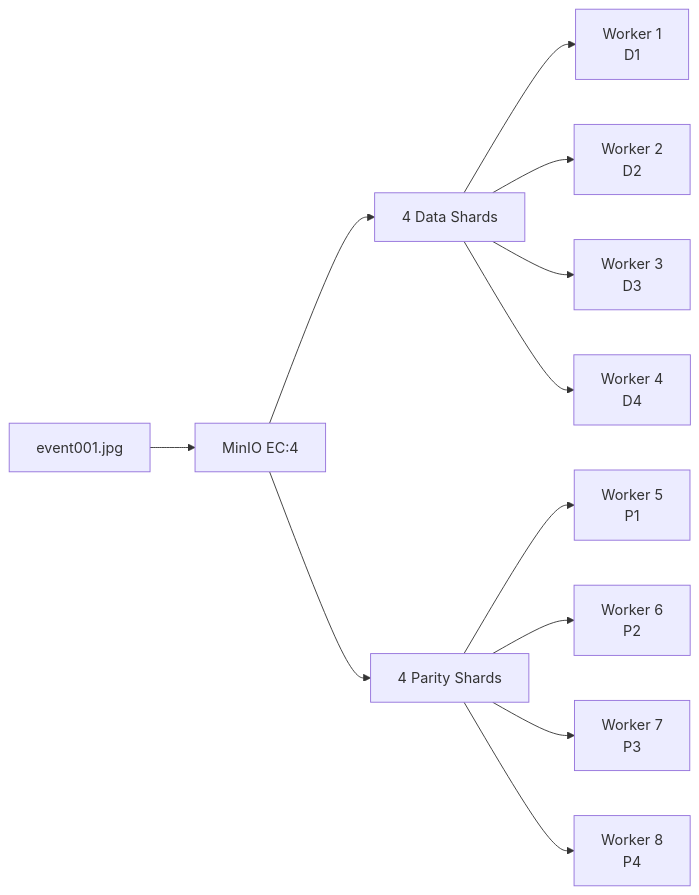
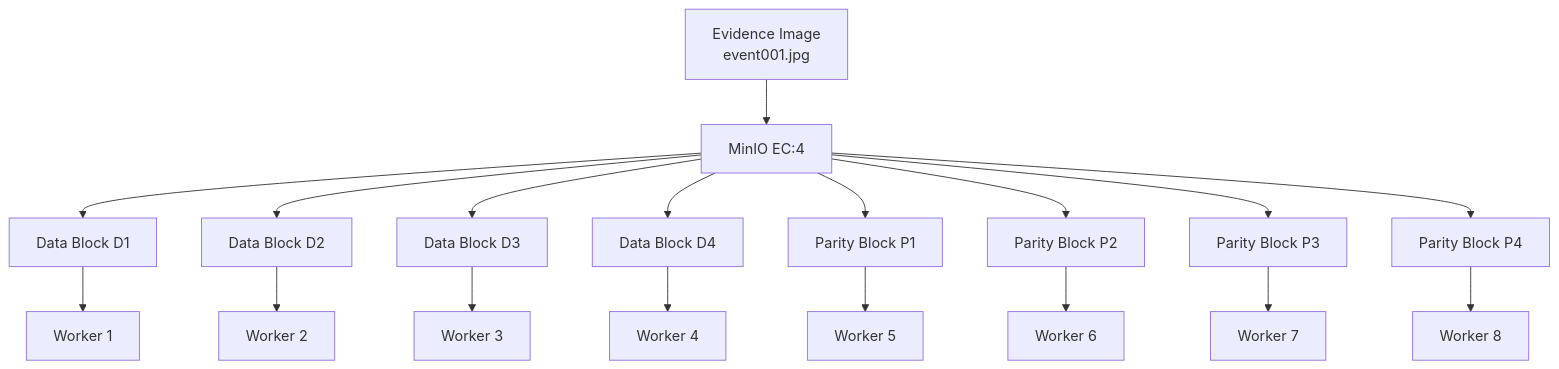
Before and after one commit to azazmuzaffar/Newlauncher-5.0: the fourth of 6 diagrams in task7-backend-documentation.md, drawn with Mermaid. The commit also changed other lines of this file, not shown here.

````diff
--- a/task7-backend-documentation.md
+++ b/task7-backend-documentation.md
@@ -174,16 +245,22 @@
 ```mermaid
-flowchart LR
-    A[event001.jpg] --> B[MinIO EC:4]
-    B --> D[4 Data Shards]
-    B --> P[4 Parity Shards]
+flowchart TB
+    A[Evidence Image<br/>event001.jpg] --> B[MinIO EC:4]
 
-    D --> W1[Worker 1<br/>D1]
-    D --> W2[Worker 2<br/>D2]
-    D --> W3[Worker 3<br/>D3]
-    D --> W4[Worker 4<br/>D4]
+    B --> D1[Data Block D1]
+    B --> D2[Data Block D2]
+    B --> D3[Data Block D3]
+    B --> D4[Data Block D4]
+    B --> P1[Parity Block P1]
+    B --> P2[Parity Block P2]
+    B --> P3[Parity Block P3]
+    B --> P4[Parity Block P4]
 
-    P --> W5[Worker 5<br/>P1]
-    P --> W6[Worker 6<br/>P2]
-    P --> W7[Worker 7<br/>P3]
-    P --> W8[Worker 8<br/>P4]
+    D1 --> W1[Worker 1]
+    D2 --> W2[Worker 2]
+    D3 --> W3[Worker 3]
+    D4 --> W4[Worker 4]
+    P1 --> W5[Worker 5]
+    P2 --> W6[Worker 6]
+    P3 --> W7[Worker 7]
+    P4 --> W8[Worker 8]
 ```
````
